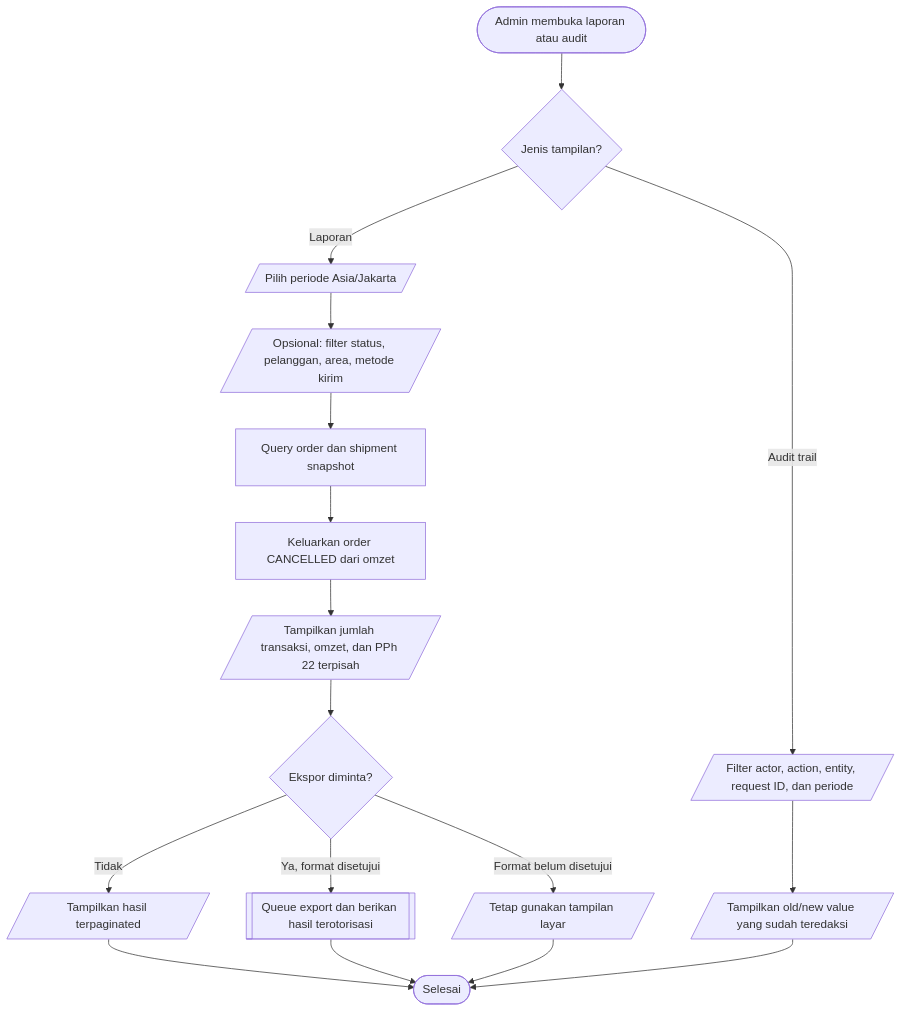
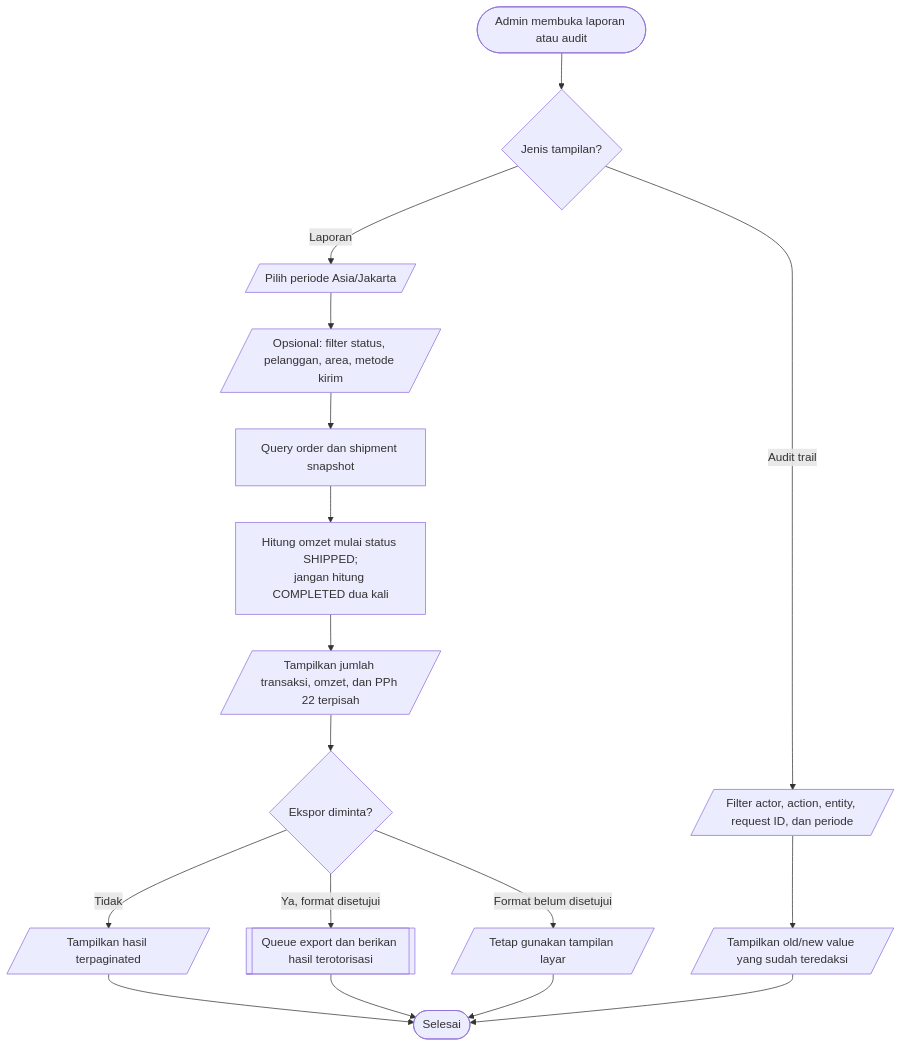
Before and after one commit to Webekspres/pixel-komunika: diagram 18 of 19 in docs/design/USER_FLOWS.md, drawn with Mermaid. The commit also changed other lines of this file and 9 other files, not shown here.

````diff
--- a/docs/design/USER_FLOWS.md
+++ b/docs/design/USER_FLOWS.md
@@ -624,19 +629,19 @@
 ```mermaid
 flowchart TD
     A(["Admin membuka laporan atau audit"]) --> A1{"Jenis tampilan?"}
     A1 -->|Laporan| B[/"Pilih periode Asia/Jakarta"/]
     A1 -->|Audit trail| L[/"Filter actor, action, entity, request ID, dan periode"/]
     B --> C[/"Opsional: filter status, pelanggan, area, metode kirim"/]
     C --> D["Query order dan shipment snapshot"]
-    D --> E["Keluarkan order CANCELLED dari omzet"]
+    D --> E["Hitung omzet mulai status SHIPPED;<br/>jangan hitung COMPLETED dua kali"]
     E --> F[/"Tampilkan jumlah transaksi, omzet, dan PPh 22 terpisah"/]
     F --> G{"Ekspor diminta?"}
     G -->|Tidak| H[/"Tampilkan hasil terpaginated"/]
     G -->|Ya, format disetujui| I[["Queue export dan berikan hasil terotorisasi"]]
     G -->|Format belum disetujui| J[/"Tetap gunakan tampilan layar"/]
     L --> M[/"Tampilkan old/new value yang sudah teredaksi"/]
     H --> N(["Selesai"])
     I --> N
     J --> N
     M --> N
 ```
````
